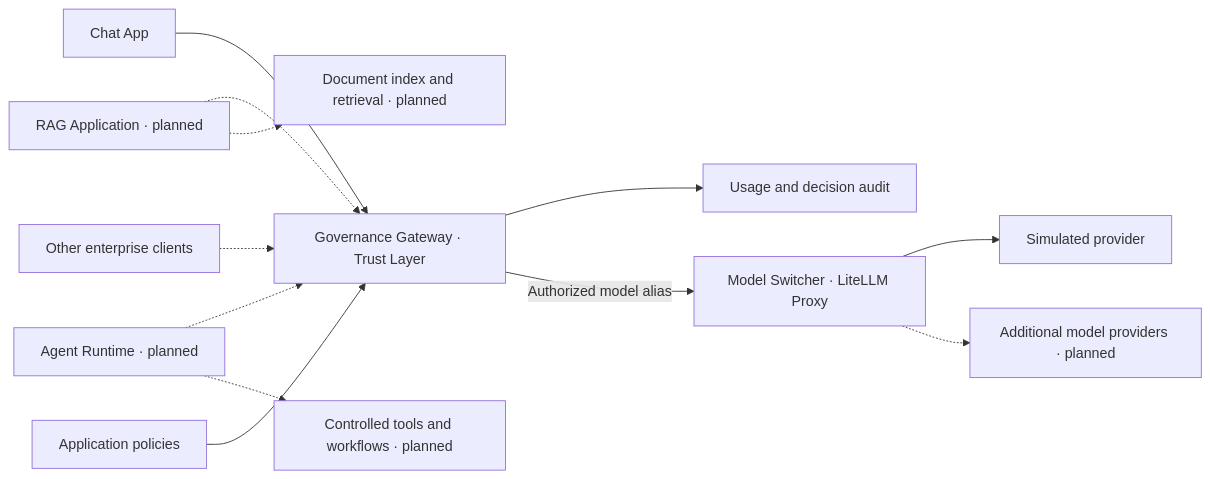
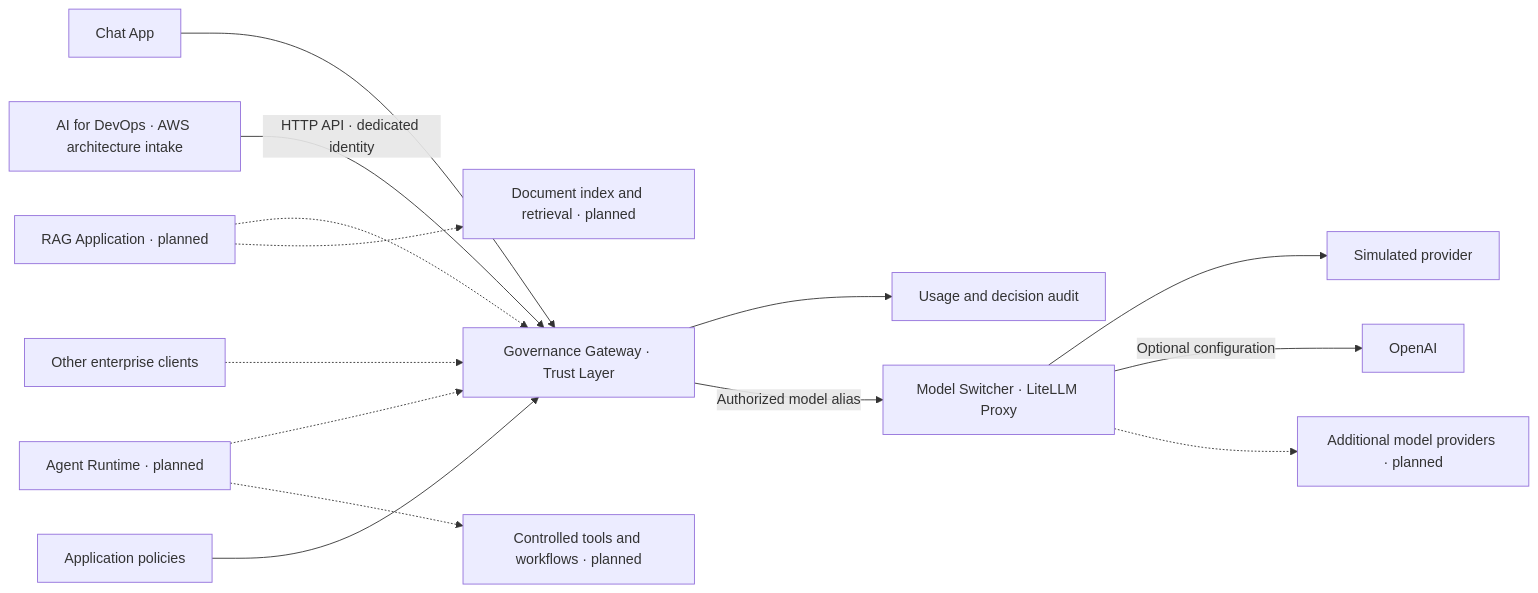
The diagram in README.md (tandrian06/eaaf), drawn with Mermaid before and after one commit. The commit also changed other lines of this file and 1 other file, not shown here.

Commit message:
Document AI for DevOps in the Core architecture

````diff
--- a/README.md
+++ b/README.md
@@ -9,16 +9,18 @@
 ```mermaid
 flowchart LR
     Chat["Chat App"] --> Gateway["Governance Gateway · Trust Layer"]
     RAG["RAG Application · planned"] -.-> Gateway
     Agents["Agent Runtime · planned"] -.-> Gateway
+    DevOps["AI for DevOps · AWS architecture intake"] -->|HTTP API · dedicated identity| Gateway
     Apps["Other enterprise clients"] -.-> Gateway
 
     Policies["Application policies"] --> Gateway
     Gateway --> Audit["Usage and decision audit"]
     Gateway -->|Authorized model alias| Switcher["Model Switcher · LiteLLM Proxy"]
     Switcher --> Mock["Simulated provider"]
+    Switcher -->|Optional configuration| OpenAI["OpenAI"]
     Switcher -.-> Providers["Additional model providers · planned"]
 
     RAG -.-> Knowledge["Document index and retrieval · planned"]
     Agents -.-> Tools["Controlled tools and workflows · planned"]
 ```
````
